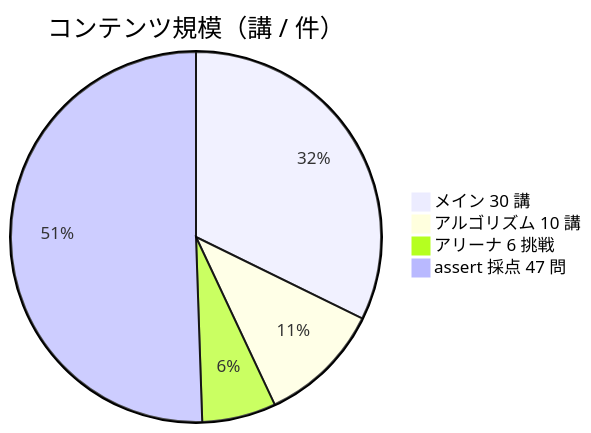
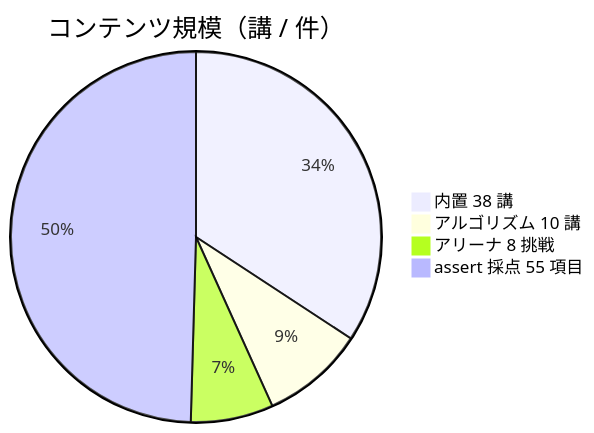
Before and after one commit to Morningstar202604/mashang: the third of 4 diagrams in README.ja-JP.md, drawn with Mermaid. The commit also changed other lines of this file and 9 other files, not shown here.

````diff
--- a/README.ja-JP.md
+++ b/README.ja-JP.md
@@ -91,7 +91,7 @@
 ```mermaid
 pie title コンテンツ規模（講 / 件）
-    "メイン 30 講" : 30
+    "内置 38 講" : 38
     "アルゴリズム 10 講" : 10
-    "アリーナ 6 挑戦" : 6
-    "assert 採点 47 問" : 47
+    "アリーナ 8 挑戦" : 8
+    "assert 採点 55 項目" : 55
 ```
````
